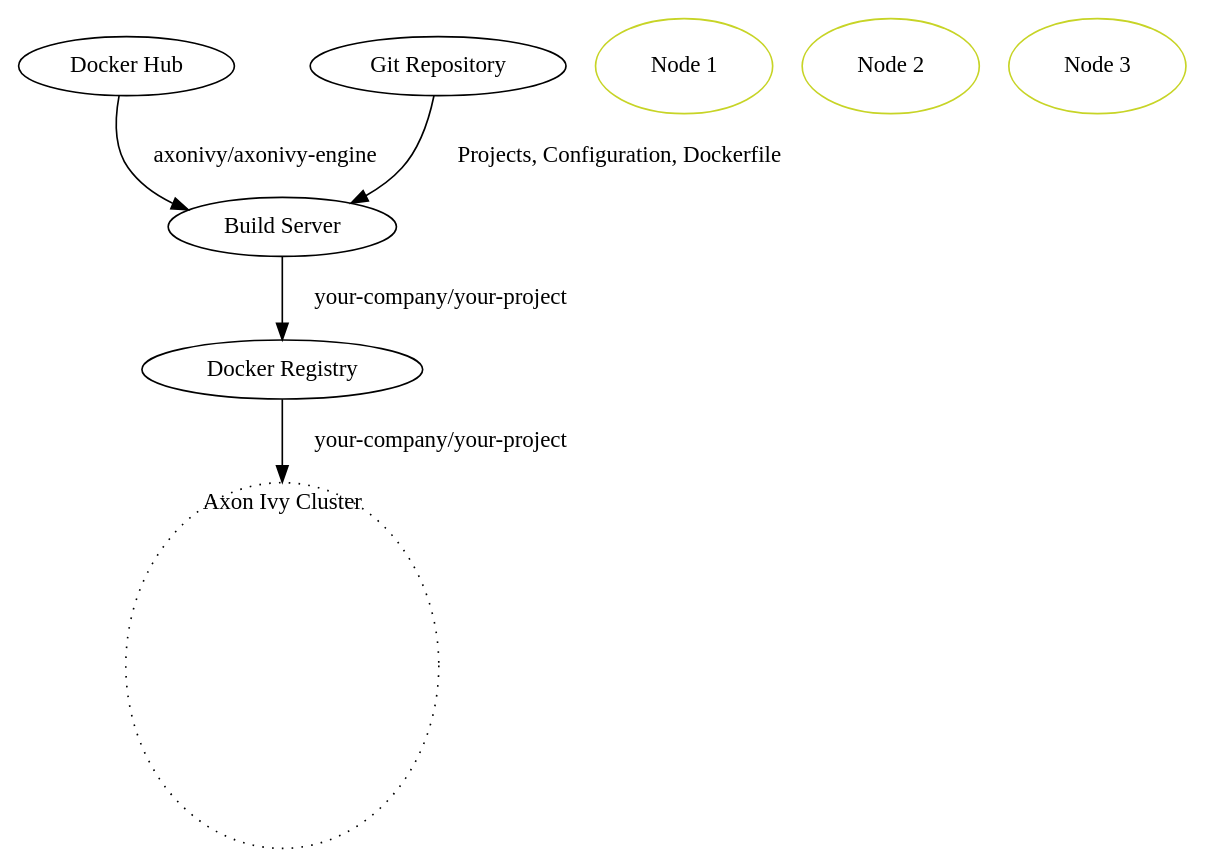
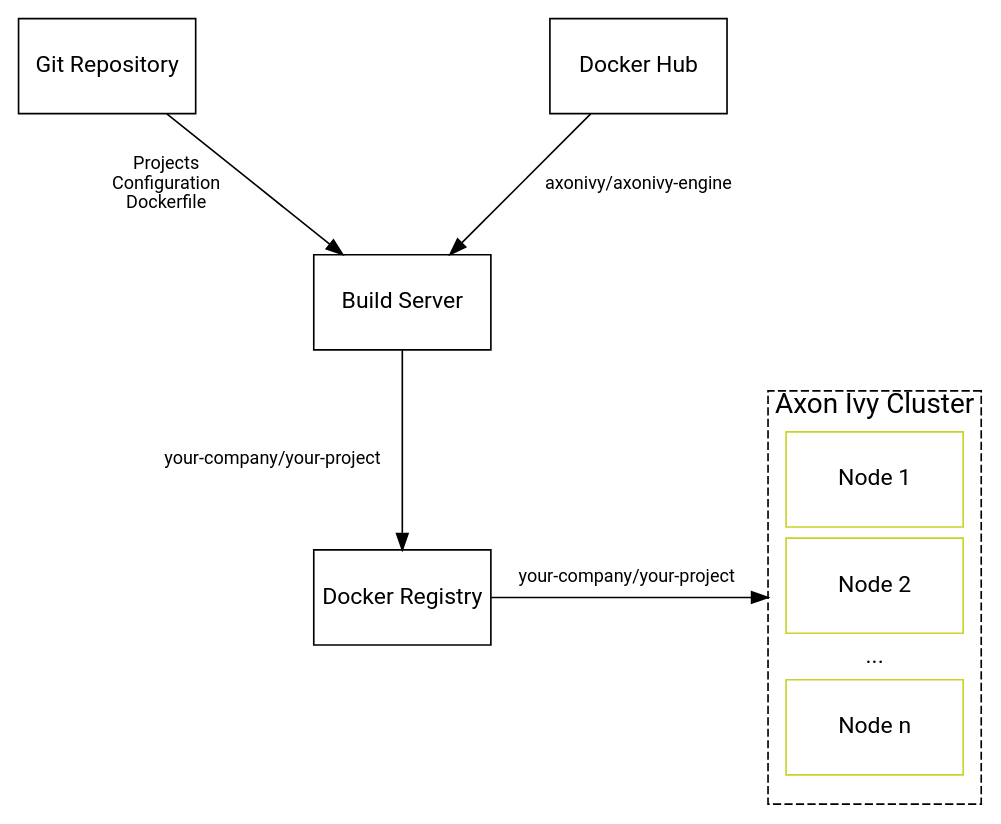
One commit to bernhardAxonIvy/doc changed the diagram in source/engine-guide/integration/cluster/container.dot. Above: the diagram before and after it, drawn with Graphviz. The commit also changed 28 other files, not shown here.

```diff
--- a/source/engine-guide/integration/cluster/container.dot
+++ b/source/engine-guide/integration/cluster/container.dot
@@ -1,20 +1,31 @@
+digraph overview {
+  layout=neato;
+  node [shape=box, fontname="Roboto,Helvetica Neue,Arial,sans-serif", fixedsize="true", margin=0.1]; 
+  
+  /* nodes */
+  dockerhub [ label="Docker Hub",           pos="4.5,7!", height="0.8", width="1.5"];
+  git [ label="Git Repository",             pos="0,7!", height="0.8", width="1.5"];
+  build [ label="Build Server",             pos="2.5,5.0!", height="0.8", width="1.5"];
+  dockerregistry [ label="Docker Registry", pos="2.5,2.5!", height="0.8", width="1.5"];
+  
+    /* this is a kludge, should be a subgraph but won't display as we'd like, so create the "subgraph" ourselves by positioning the elements */
+  cluster [ label="Axon Ivy Cluster",       pos="6.5,2.5!", height="3.5", width="1.8", style="dashed", fontcolor="black", labelloc="t", fontsize=17];
+  engine1 [ label="Node 1",                 pos="6.5,3.5!", height="0.8", width="1.5", color="#C7D426", fontcolor="black"];
+  engine2 [ label="Node 2",                 pos="6.5,2.6!", height="0.8", width="1.5", color="#C7D426", fontcolor="black"];
+  enginespacer [label="...",                pos="6.5,2.0!", height="0.8", width="1.5", shape=none, fillcolor=none, fontcolor=black];
+  enginen [ label="Node n",                 pos="6.5,1.4!", height="0.8", width="1.5", color="#C7D426", fontcolor="black"];
+ 
+  
+  /* edges */
+  dockerhub -> build;
+  git -> build;
+  build -> dockerregistry; 
+  dockerregistry -> cluster;
 
-digraph overview {
-  dockerhub [ label="Docker Hub", pos = "5,7.5!"];
-
-  git [ label="Git Repository", pos = "0,7.5!"];
-
-  build [ label="Build Server", pos = "2.5,5!" width="1.5"];
-
-  dockerregistry [ label="Docker Registry", pos = "2.5,2.5!"];
+  /* edge labels*/
+  dockerhub_build [ label="axonivy/axonivy-engine",                 pos="4.5,6.0!", shape=none, fillcolor=none, fontcolor=black, fontsize=11];
+  git_build [ label="Projects\nConfiguration\nDockerfile",          pos="0.5,6.0!", shape=none, fillcolor=none, fontcolor=black, fontsize=11];
+  build_dockerregistry [ label="your-company/your-project\n \n ",   pos="1.4,3.5!", shape=none, fillcolor=none, fontcolor=black, fontsize=11] 
+  dockerregistry_cluster [ label="your-company/your-project\n \n ", pos="4.4,2.5!", shape=none, fillcolor=none, fontcolor=black, fontsize=11];
   
-  cluster [ label="Axon Ivy Cluster",pos = "8,2.5!" width=1.8 height=3.1 style="dotted" fontcolor="black" labelloc="t"];
-  engine1 [label="Node 1", pos="8,3.2!", height="0.8", width="1.5", color="#C7D426", fontcolor="black"];
-  engine2 [label="Node 2", pos="8,2.3!", height="0.8", width="1.5", color="#C7D426", fontcolor="black"];  
-  engine3 [label="Node 3", pos="8,1.4!", height="0.8", width="1.5", color="#C7D426", fontcolor="black"];
-  
-  dockerhub -> build [ label="axonivy/axonivy-engine"];
-  git -> build [ label="Projects, Configuration, Dockerfile" ];
-  build -> dockerregistry [ label="your-company/your-project" ]; 
-  dockerregistry -> cluster [ label="your-company/your-project" ];
 }
```
